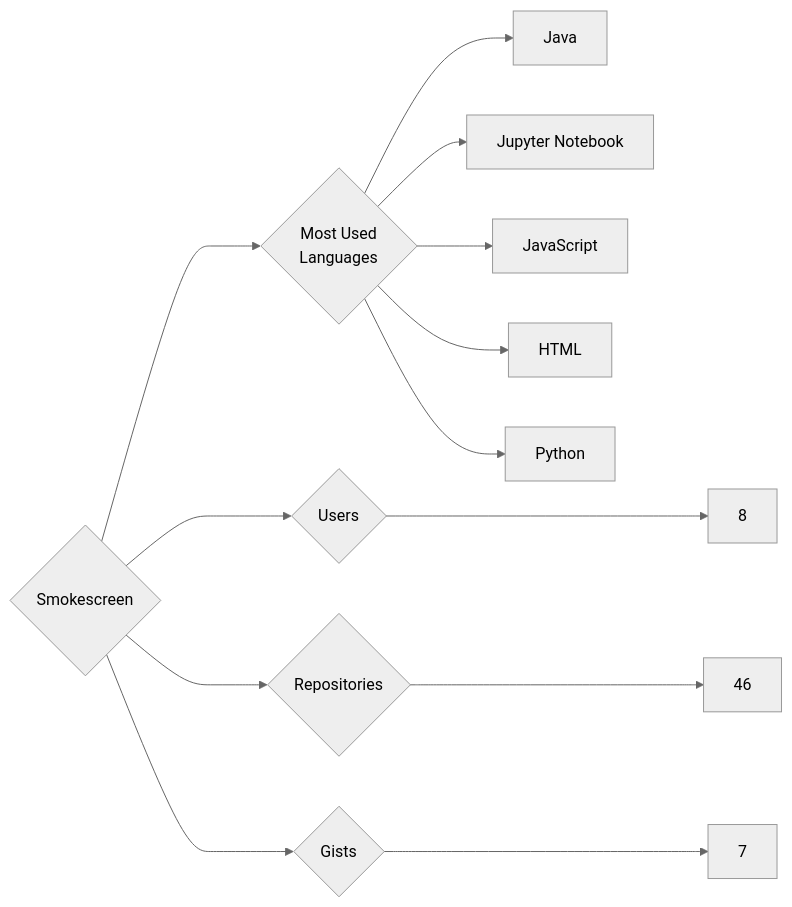
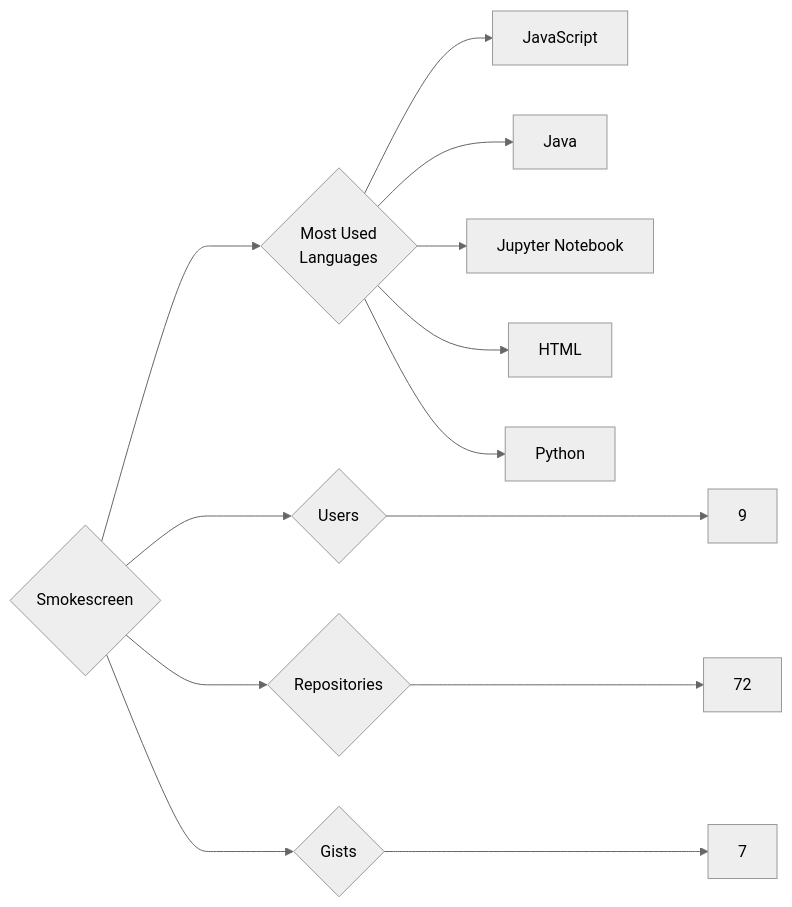
The diagram in targets/Smokescreen/README.md (trickest/insiders), drawn with Mermaid (neutral theme) before and after one commit. The commit also changed 1389 other files, not shown here.

````diff
--- a/targets/Smokescreen/README.md
+++ b/targets/Smokescreen/README.md
@@ -3,13 +3,13 @@
 ```mermaid
 graph LR
 COMPANY_NAME{Smokescreen}
-COMPANY_NAME ---> U{Users} ---> UN[8]
-COMPANY_NAME ---> R{Repositories} ---> RN[46]
+COMPANY_NAME ---> U{Users} ---> UN[9]
+COMPANY_NAME ---> R{Repositories} ---> RN[72]
 COMPANY_NAME ---> G{Gists} ---> GN[7]
 COMPANY_NAME ---> ML{Most Used<br>Languages}
+ML --> JavaScript[JavaScript]
 ML --> Java[Java]
 ML --> Jupyter_Notebook[Jupyter Notebook]
-ML --> JavaScript[JavaScript]
 ML --> HTML[HTML]
 ML --> Python[Python]
 ```
````
